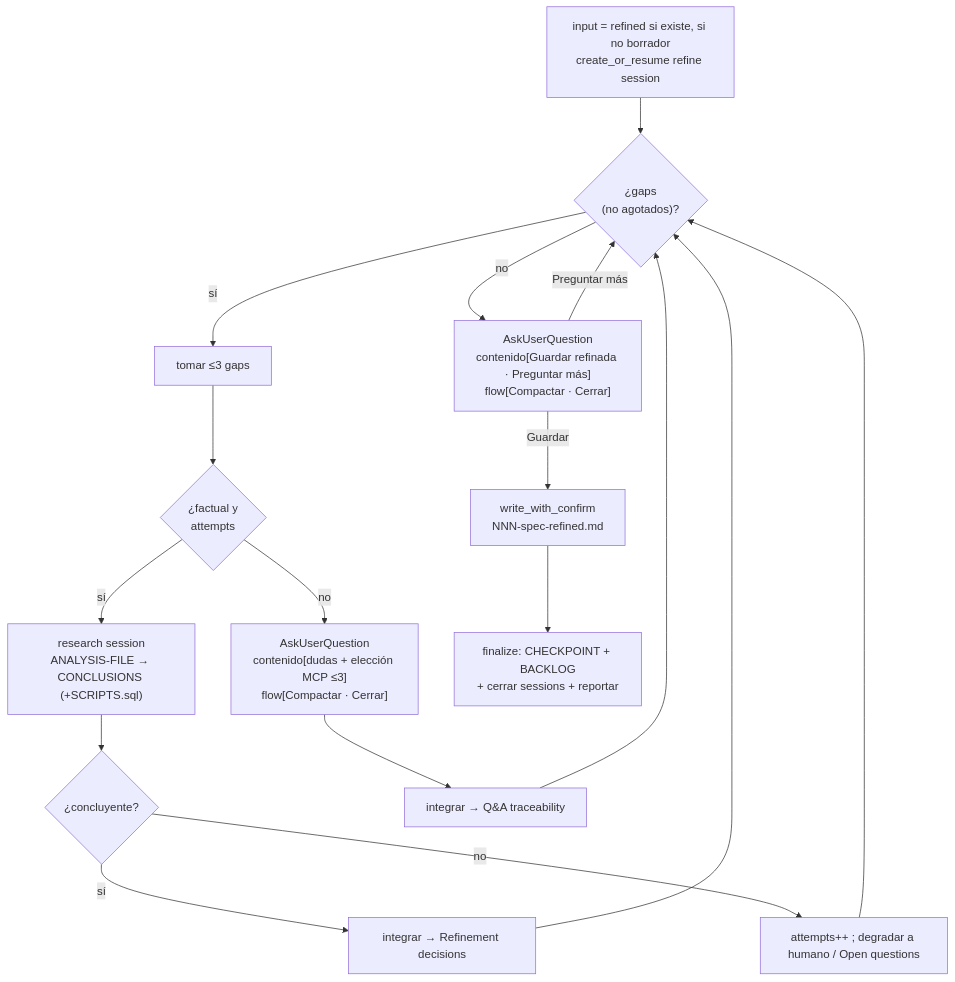
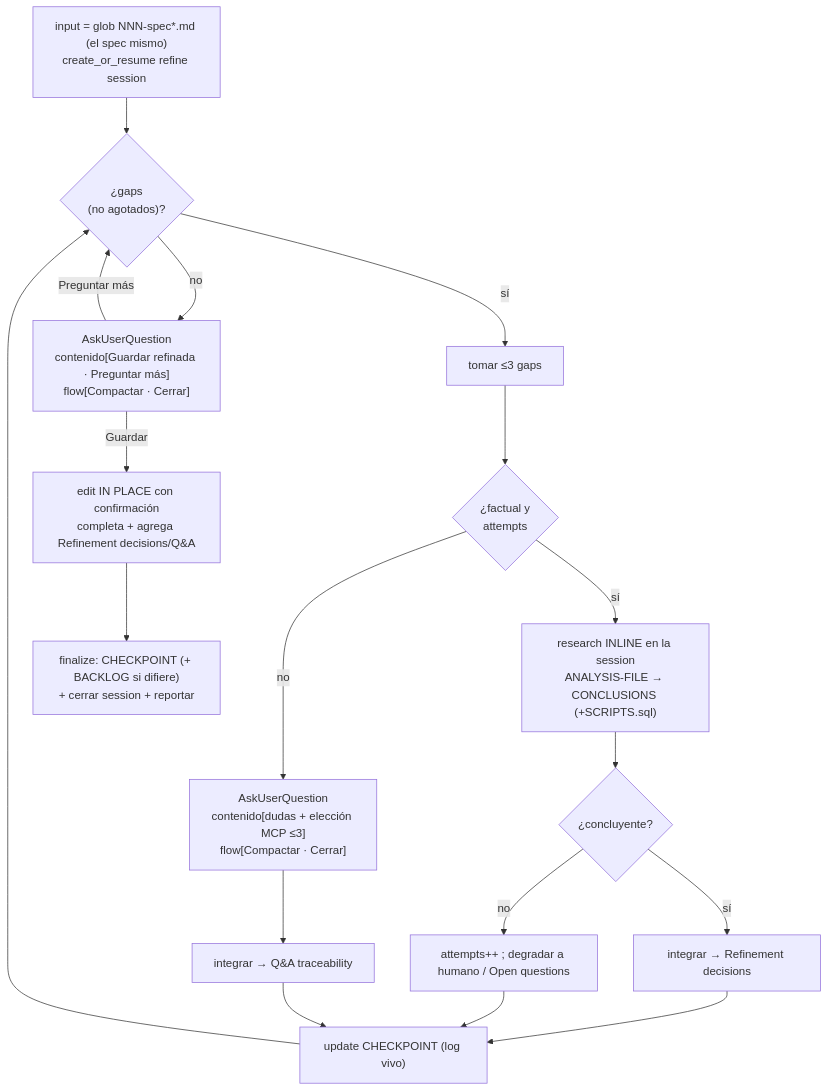
The diagram in skills/w/loops/spec-refine-loop/SKILL.md (Tacuchi/agent-workflow-cli), drawn with Mermaid before and after one commit. The commit also changed other lines of this file and 23 other files, not shown here.

First line of the commit message:
feat: una sesión por run, research inline, spec in-place y slugs en docs

````diff
--- a/skills/w/loops/spec-refine-loop/SKILL.md
+++ b/skills/w/loops/spec-refine-loop/SKILL.md
@@ -183,19 +196,20 @@
 ```mermaid
 flowchart TD
-    S["input = refined si existe, si no borrador<br/>create_or_resume refine session"] --> D{"¿gaps<br/>(no agotados)?"}
+    S["input = glob NNN-spec*.md (el spec mismo)<br/>create_or_resume refine session"] --> D{"¿gaps<br/>(no agotados)?"}
     D -->|no| C["AskUserQuestion<br/>contenido[Guardar refinada · Preguntar más]<br/>flow[Compactar · Cerrar]"]
     D -->|sí| B["tomar ≤3 gaps"]
     B --> F{"¿factual y<br/>attempts<MAX?"}
-    F -->|sí| RS["research session<br/>ANALYSIS-FILE → CONCLUSIONS (+SCRIPTS.sql)"]
+    F -->|sí| RS["research INLINE en la session<br/>ANALYSIS-FILE → CONCLUSIONS (+SCRIPTS.sql)"]
     RS --> CC{"¿concluyente?"}
     CC -->|sí| I1["integrar → Refinement decisions"]
     CC -->|no| DEG["attempts++ ; degradar a humano / Open questions"]
     F -->|no| Q["AskUserQuestion<br/>contenido[dudas + elección MCP ≤3]<br/>flow[Compactar · Cerrar]"]
     Q --> I2["integrar → Q&A traceability"]
-    I1 --> D
-    DEG --> D
-    I2 --> D
-    C -->|Guardar| W["write_with_confirm<br/>NNN-spec-refined.md"]
+    I1 --> CK["update CHECKPOINT (log vivo)"]
+    DEG --> CK
+    I2 --> CK
+    CK --> D
+    C -->|Guardar| W["edit IN PLACE con confirmación<br/>completa + agrega Refinement decisions/Q&A"]
     C -->|Preguntar más| D
-    W --> FIN["finalize: CHECKPOINT + BACKLOG<br/>+ cerrar sessions + reportar"]
+    W --> FIN["finalize: CHECKPOINT (+ BACKLOG si difiere)<br/>+ cerrar session + reportar"]
 ```
````
